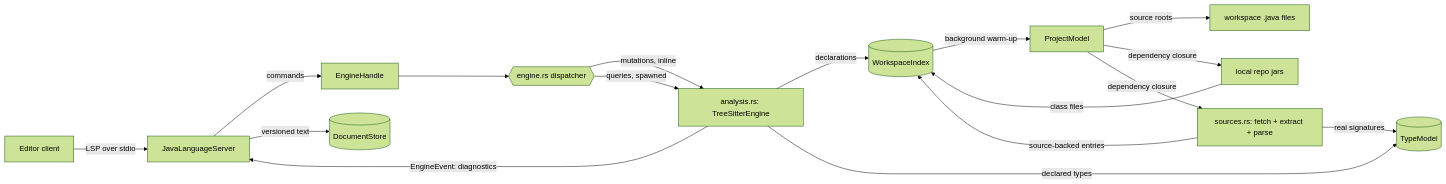
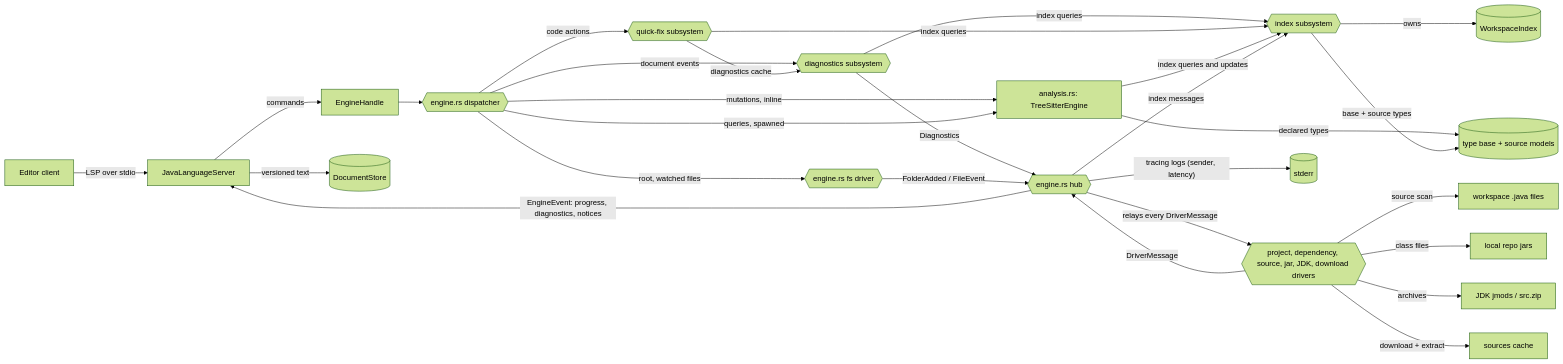
Before and after one commit to reenigneEsrever92/java-lsp: the diagram in docs/architecture.md, drawn with Mermaid (forest theme). The commit also changed other lines of this file and 65 other files, not shown here.

````diff
--- a/docs/architecture.md
+++ b/docs/architecture.md
@@ -48,19 +65,30 @@
 ```mermaid
 graph LR
     C[Editor client] -- LSP over stdio --> S[JavaLanguageServer]
     S -- commands --> EH[EngineHandle]
     EH --> DISP{{engine.rs dispatcher}}
     DISP -- mutations, inline --> TS[analysis.rs: TreeSitterEngine]
     DISP -- queries, spawned --> TS
-    TS -- EngineEvent: diagnostics --> S
-    TS -- declarations --> WI[(WorkspaceIndex)]
-    TS -- declared types --> TL[(TypeModel)]
-    WI -- background warm-up --> P[ProjectModel]
-    P -- source roots --> WS[workspace .java files]
-    P -- dependency closure --> JV[local repo jars]
-    JV -- class files --> WI
-    P -- dependency closure --> SR[sources.rs: fetch + extract + parse]
-    SR -- source-backed entries --> WI
-    SR -- real signatures --> TL
+    DISP -- document events --> DSUB{{diagnostics subsystem}}
+    DSUB -- Diagnostics --> HUB
+    DSUB -- index queries --> IDX
+    DISP -- code actions --> QF{{quick-fix subsystem}}
+    QF -- index queries --> IDX
+    QF -- diagnostics cache --> DSUB
+    TS -- index queries and updates --> IDX{{index subsystem}}
+    TS -- declared types --> TL[(type base + source models)]
+    DISP -- root, watched files --> FS{{engine.rs fs driver}}
+    FS -- FolderAdded / FileEvent --> HUB{{engine.rs hub}}
+    HUB -- relays every DriverMessage --> DR{{project, dependency, source, jar, JDK, download drivers}}
+    DR -- DriverMessage --> HUB
+    HUB -- index messages --> IDX
+    IDX -- owns --> WI[(WorkspaceIndex)]
+    IDX -- base + source types --> TL
+    HUB -- EngineEvent: progress, diagnostics, notices --> S
+    HUB -- tracing logs (sender, latency) --> E[(stderr)]
+    DR -- source scan --> WS[workspace .java files]
+    DR -- class files --> JV[local repo jars]
+    DR -- archives --> ARCH[JDK jmods / src.zip]
+    DR -- download + extract --> SR[sources cache]
     S -- versioned text --> D[(DocumentStore)]
 ```
````
